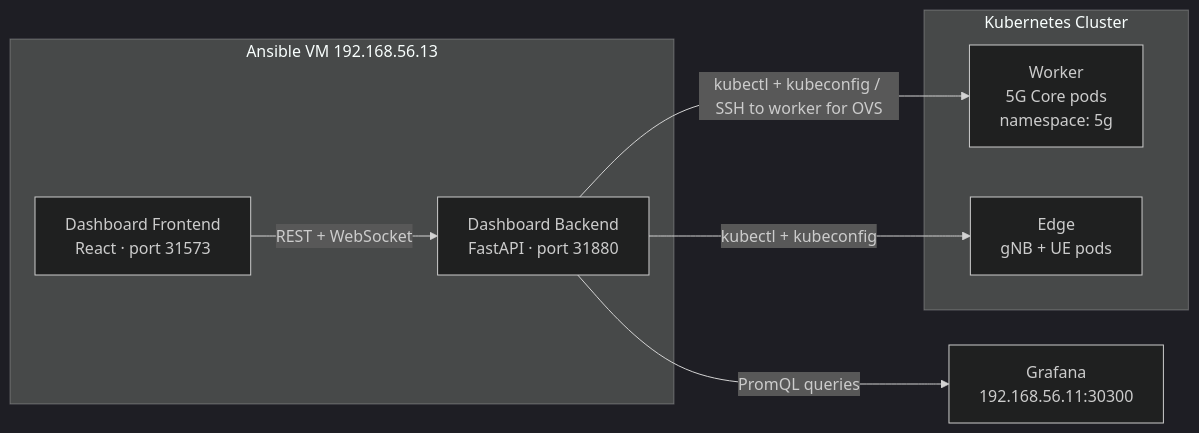
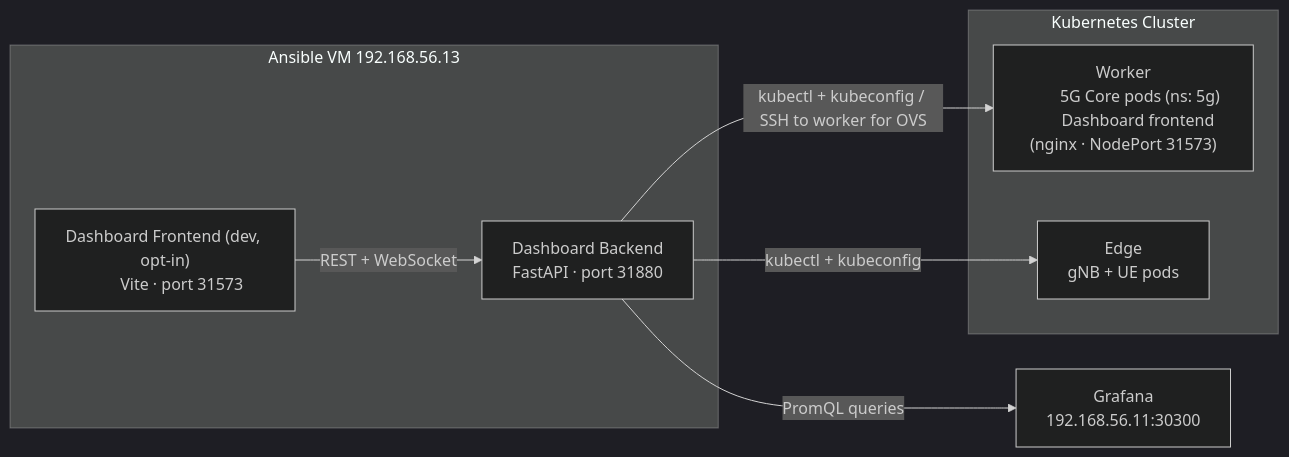
Before and after one commit to Jacobbista/kelt: the first of 2 diagrams in docs/dashboard/overview.md, drawn with Mermaid (dark theme). The commit also changed other lines of this file and 148 other files, not shown here.

````diff
--- a/docs/dashboard/overview.md
+++ b/docs/dashboard/overview.md
@@ -9,23 +9,23 @@
 ```mermaid
 graph LR
     subgraph Cluster["Kubernetes Cluster"]
         W["Worker
-        5G Core pods
-        namespace: 5g"]
+        5G Core pods (ns: 5g)
+        Dashboard frontend (nginx · NodePort 31573)"]
         E["Edge
         gNB + UE pods"]
     end
     subgraph Ansible["Ansible VM  192.168.56.13"]
         DB_B["Dashboard Backend
         FastAPI · port 31880"]
-        DB_F["Dashboard Frontend
-        React · port 31573"]
+        DB_F["Dashboard Frontend (dev, opt-in)
+        Vite · port 31573"]
     end
     Grafana["Grafana
     192.168.56.11:30300"]
 
     DB_B -->|"kubectl + kubeconfig / SSH to worker for OVS"| W
     DB_B -->|"kubectl + kubeconfig"| E
     DB_F -->|"REST + WebSocket"| DB_B
     DB_B -->|"PromQL queries"| Grafana
 ```
````
